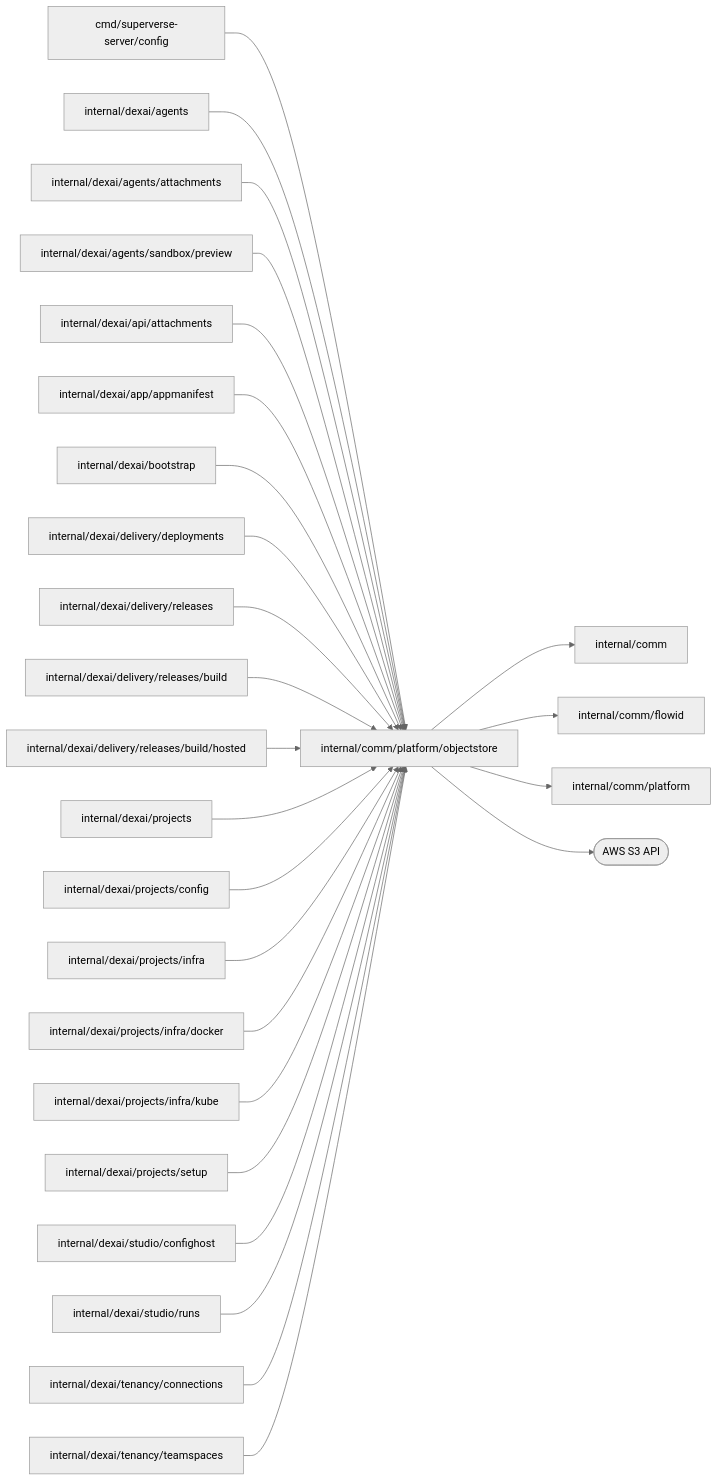
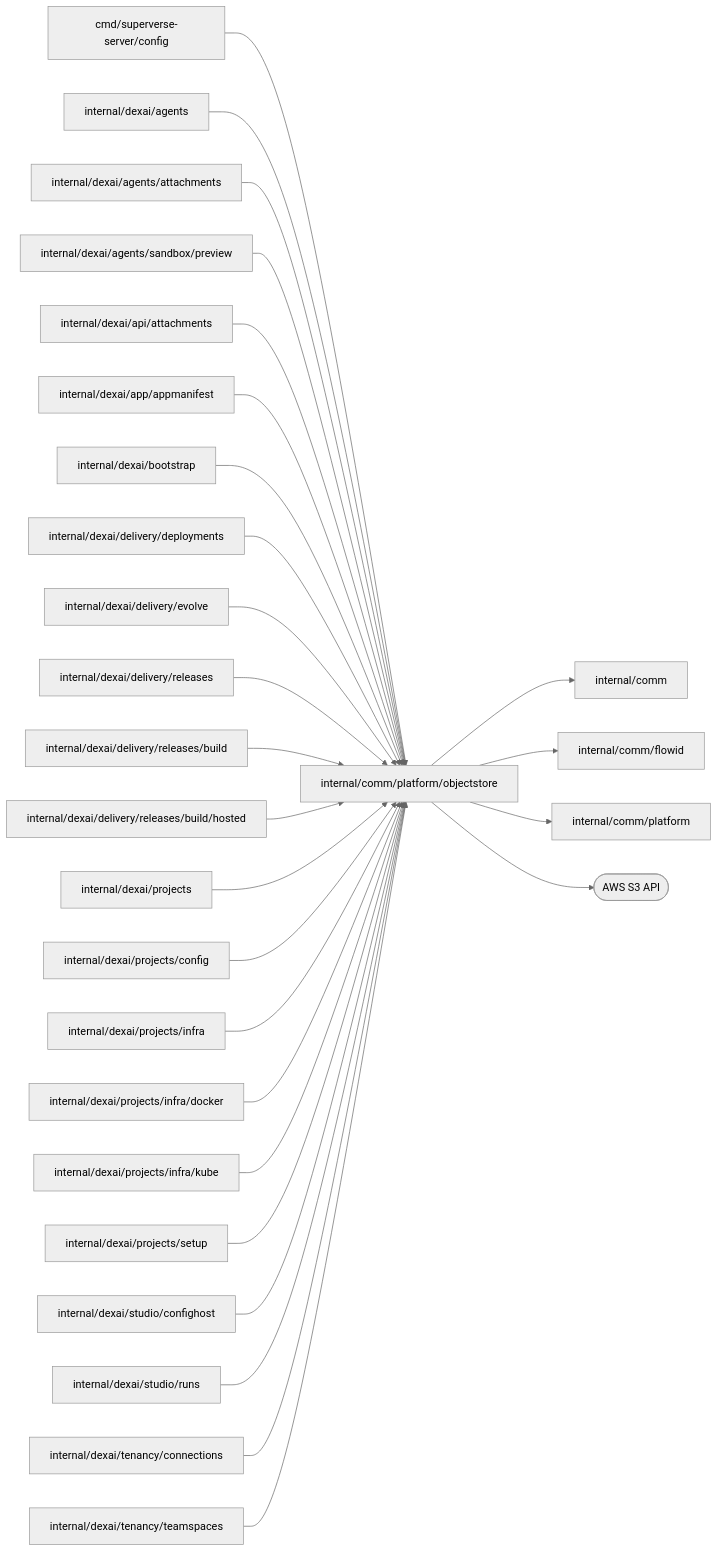
One commit to superdurable/superverse changed the diagram in internal/comm/platform/objectstore/README.md. Above: the diagram before and after it, drawn with Mermaid (neutral theme). The commit also changed other lines of this file and 145 other files, not shown here.

````diff
--- a/internal/comm/platform/objectstore/README.md
+++ b/internal/comm/platform/objectstore/README.md
@@ -10,29 +10,30 @@
 ```mermaid
 flowchart LR
   self["internal/comm/platform/objectstore"]
   c0["cmd/superverse-server/config"] --> self
   c1["internal/dexai/agents"] --> self
   c2["internal/dexai/agents/attachments"] --> self
   c3["internal/dexai/agents/sandbox/preview"] --> self
   c4["internal/dexai/api/attachments"] --> self
   c5["internal/dexai/app/appmanifest"] --> self
   c6["internal/dexai/bootstrap"] --> self
   c7["internal/dexai/delivery/deployments"] --> self
-  c8["internal/dexai/delivery/releases"] --> self
-  c9["internal/dexai/delivery/releases/build"] --> self
-  c10["internal/dexai/delivery/releases/build/hosted"] --> self
-  c11["internal/dexai/projects"] --> self
-  c12["internal/dexai/projects/config"] --> self
-  c13["internal/dexai/projects/infra"] --> self
-  c14["internal/dexai/projects/infra/docker"] --> self
-  c15["internal/dexai/projects/infra/kube"] --> self
-  c16["internal/dexai/projects/setup"] --> self
-  c17["internal/dexai/studio/confighost"] --> self
-  c18["internal/dexai/studio/runs"] --> self
-  c19["internal/dexai/tenancy/connections"] --> self
-  c20["internal/dexai/tenancy/teamspaces"] --> self
+  c8["internal/dexai/delivery/evolve"] --> self
+  c9["internal/dexai/delivery/releases"] --> self
+  c10["internal/dexai/delivery/releases/build"] --> self
+  c11["internal/dexai/delivery/releases/build/hosted"] --> self
+  c12["internal/dexai/projects"] --> self
+  c13["internal/dexai/projects/config"] --> self
+  c14["internal/dexai/projects/infra"] --> self
+  c15["internal/dexai/projects/infra/docker"] --> self
+  c16["internal/dexai/projects/infra/kube"] --> self
+  c17["internal/dexai/projects/setup"] --> self
+  c18["internal/dexai/studio/confighost"] --> self
+  c19["internal/dexai/studio/runs"] --> self
+  c20["internal/dexai/tenancy/connections"] --> self
+  c21["internal/dexai/tenancy/teamspaces"] --> self
   self --> d0["internal/comm"]
   self --> d1["internal/comm/flowid"]
   self --> d2["internal/comm/platform"]
   self --> e0(["AWS S3 API"])
 ```
````
